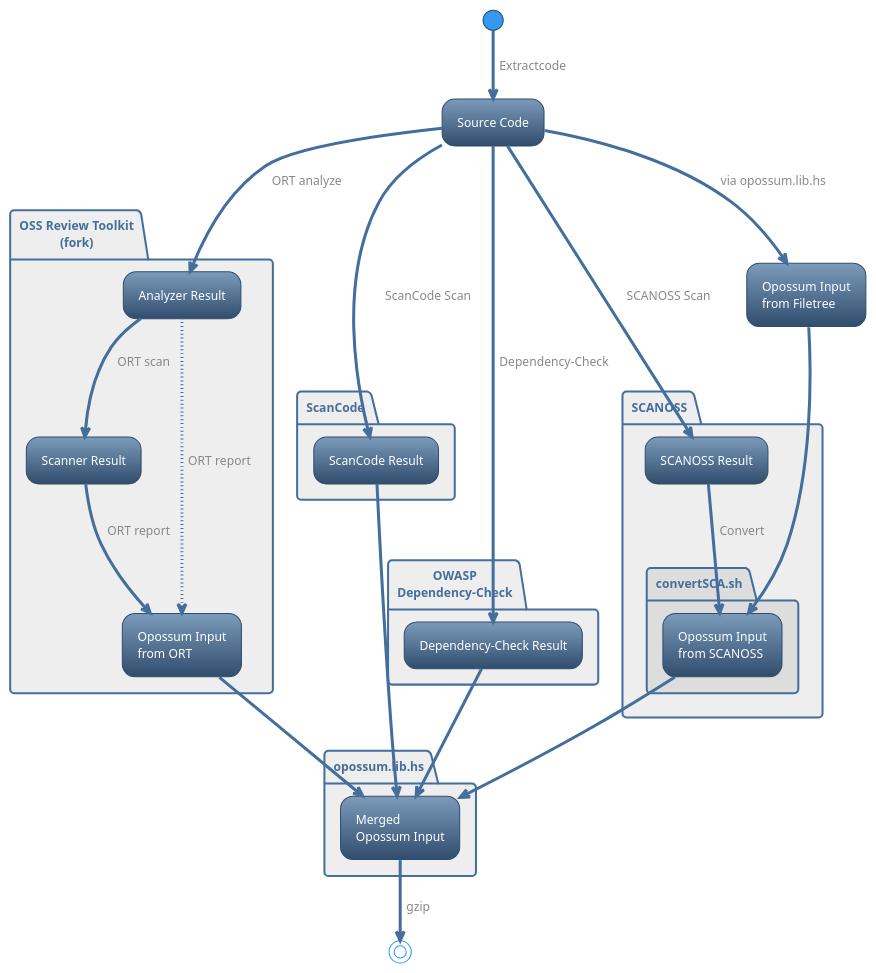
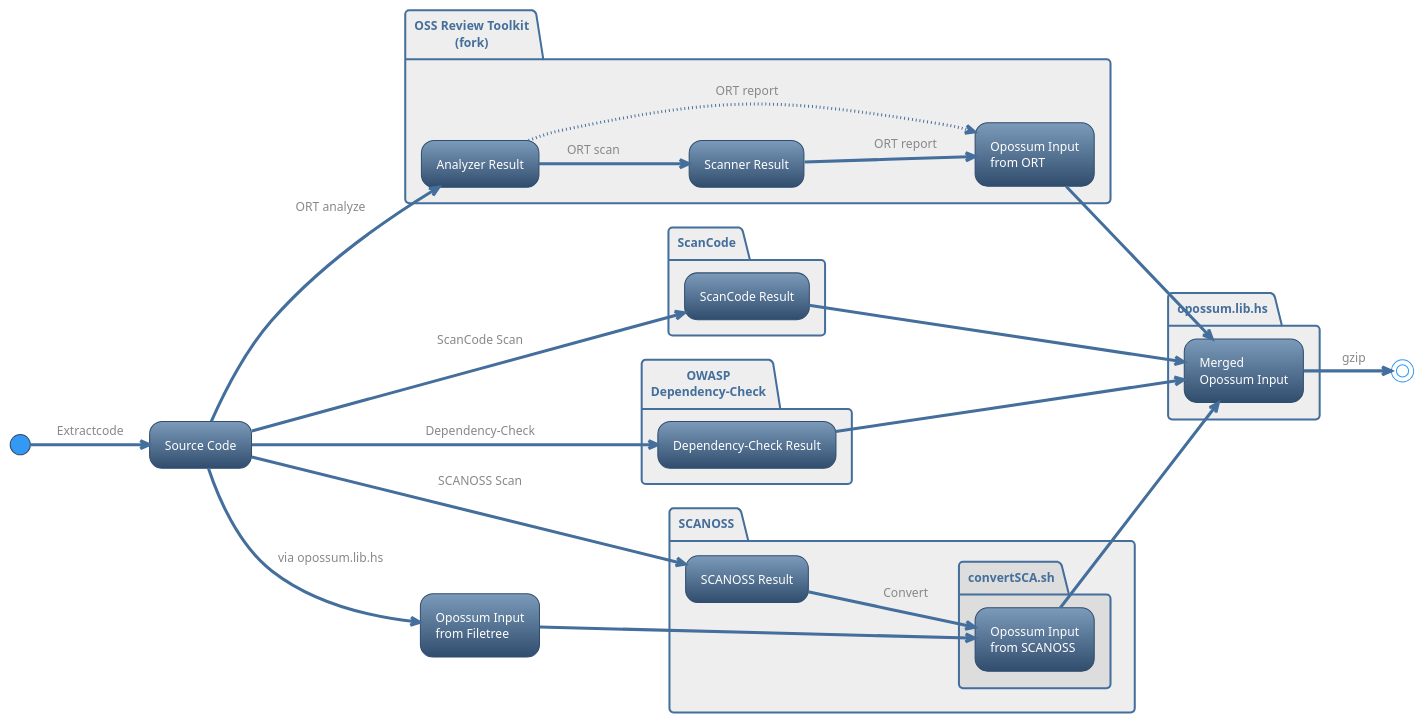
One commit to opossum-tool/aioc changed the diagram in README.puml. Above: the diagram before and after it, drawn with PlantUML. The commit also changed 1 other file, not shown here.

```diff
--- a/README.puml
+++ b/README.puml
@@ -5,43 +5,45 @@
 @startuml
+
+left to right direction
 
 !theme spacelab
 skinparam ArrowFontColor #888888
 
 (*) -->[Extractcode] "Source Code"
 "Source Code" -->[via opossum.lib.hs] "Opossum Input\nfrom Filetree"
 
 partition "OSS Review Toolkit\n(fork)" #eeeeee {
     "Source Code" -->[ORT analyze] "Analyzer Result"
     "Analyzer Result" -->[ORT scan] "Scanner Result"
     "Analyzer Result" ...>[ORT report] "Opossum Input\nfrom ORT"
     "Scanner Result" -->[ORT report] "Opossum Input\nfrom ORT"
 }
 
 partition ScanCode #eeeeee {
     "Source Code" -->[ScanCode Scan] "ScanCode Result"
 }
 
 partition "OWASP\nDependency-Check" #eeeeee {
-    "Source Code" --->[Dependency-Check] "Dependency-Check Result"
+    "Source Code" -->[Dependency-Check] "Dependency-Check Result"
 }
 
 partition SCANOSS #eeeeee {
     "Source Code" --->[SCANOSS Scan] "SCANOSS Result"
     partition convertSCA.sh #dddddd {
         "Opossum Input\nfrom Filetree" --> "Opossum Input\nfrom SCANOSS"
         "SCANOSS Result" -->[Convert] "Opossum Input\nfrom SCANOSS"
     }
 }
 
 partition opossum.lib.hs #eeeeee {
     ' "ScanCode Result" ..> "Opossum Input\nfrom ScanCode"
     ' "Opossum Input\nfrom ScanCode" ..> "Merged\nOpossum Input"
     "Opossum Input\nfrom ORT" --> "Merged\nOpossum Input"
     "ScanCode Result" ---> "Merged\nOpossum Input"
     "Opossum Input\nfrom SCANOSS" --> "Merged\nOpossum Input"
-    "Dependency-Check Result" --> "Merged\nOpossum Input"
+    "Dependency-Check Result" ---> "Merged\nOpossum Input"
 }
 
 "Merged\nOpossum Input" -->[gzip] (*)
 
 @enduml
```
